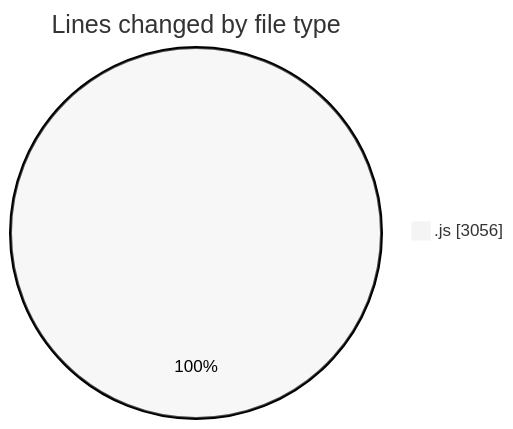
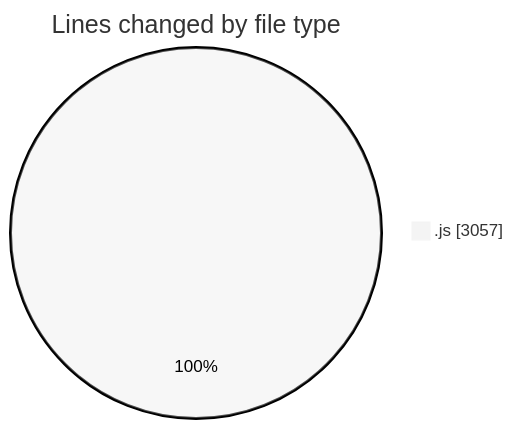
One commit to nxtqubesakshisongat/code-tracking changed the first of 2 diagrams in 2025-10-16/nxtqube_webapp/README.md. Above: the diagram before and after it, drawn with Mermaid (neutral theme). The commit also changed other lines of this file and 1 other file, not shown here.

````diff
--- a/2025-10-16/nxtqube_webapp/README.md
+++ b/2025-10-16/nxtqube_webapp/README.md
@@ -20,5 +20,5 @@
 ```mermaid
 pie showData
 title Lines changed by file type
-".js" : 3056
+".js" : 3057
 ```
````
